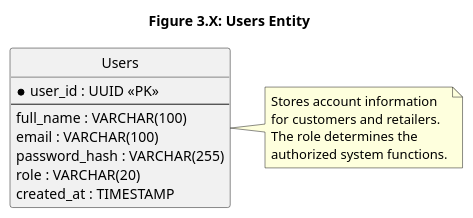
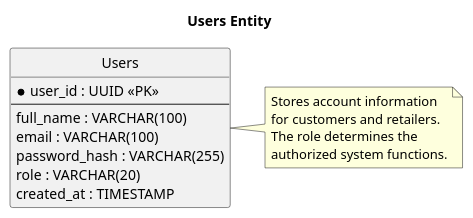
One commit to chris-macharia/SmartFit changed the diagram in docs/uml-diagrams/database_design/users_entity.puml. Above: the diagram before and after it, drawn with PlantUML. The commit also changed 39 other files, not shown here.

```diff
--- a/docs/uml-diagrams/database_design/users_entity.puml
+++ b/docs/uml-diagrams/database_design/users_entity.puml
@@ -1,35 +1,35 @@
 @startuml Users_Entity
 
-title Figure 3.X: Users Entity
+title Users Entity
 
 hide circle
 
 skinparam linetype ortho
 skinparam shadowing false
 skinparam defaultFontName Arial
 
 skinparam entity {
     BackgroundColor White
     BorderColor Black
     FontColor Black
     FontSize 10
 }
 
 entity "Users" as Users {
     * user_id : UUID <<PK>>
     --
     full_name : VARCHAR(100)
     email : VARCHAR(100)
     password_hash : VARCHAR(255)
     role : VARCHAR(20)
     created_at : TIMESTAMP
 }
 
 note right of Users
 Stores account information
 for customers and retailers.
 The role determines the
 authorized system functions.
 end note
 
 @enduml
```
